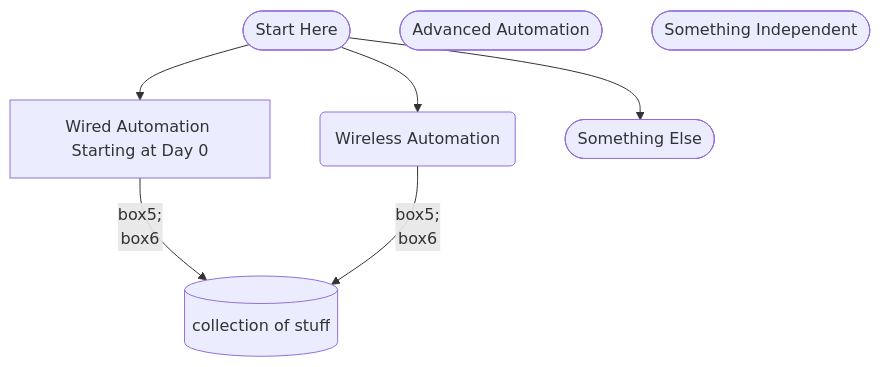
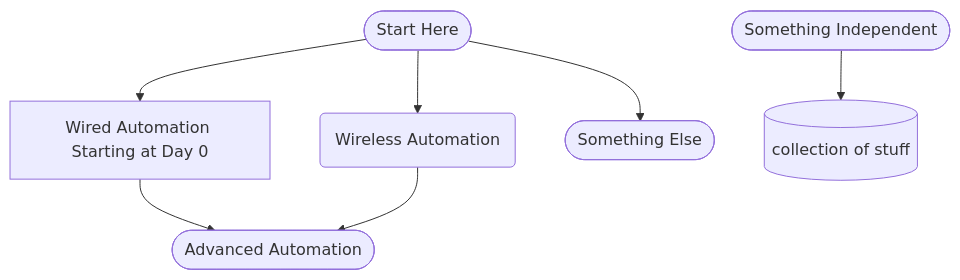
One commit to chanhale/toshare changed the diagram in flowdiagram.md. Above: the diagram before and after it, drawn with Mermaid.

````diff
--- a/flowdiagram.md
+++ b/flowdiagram.md
@@ -3,16 +3,16 @@
 ```mermaid
 graph TD;
     box1([Start Here]);
     box2[Wired Automation Starting at Day 0];
     box3(Wireless Automation);
     box4([Something Else]);
     box5([Advanced Automation]);
     box6([Something Independent]);
     box7[(collection of stuff)];
     box1-->box2 & box3 & box4;
-    box2 & box3 -- box5;
+    box2 & box3 --> box5;
     box6-->box7;
     click box2 "https://github.com/kebaldwi/DNAC-TEMPLATES/tree/master/LABS/LAB-1-Wired-Automation" "wired";
     click box3 "https://github.com/kebaldwi/DNAC-TEMPLATES/tree/master/LABS/LAB-2-Wireless-Automation" "wireless";
     click box5 "https://github.com/kebaldwi/DNAC-TEMPLATES/tree/master/LABS/LAB-3-Advanced-Automation" "advanced";
 ```
````
